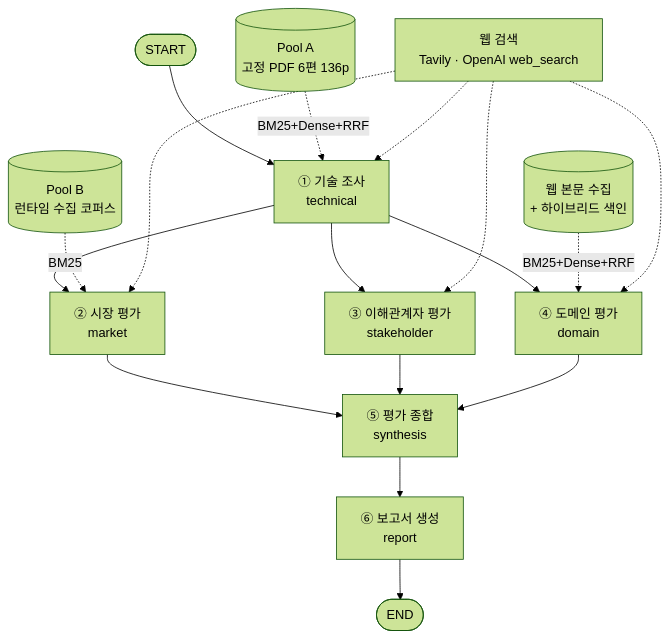
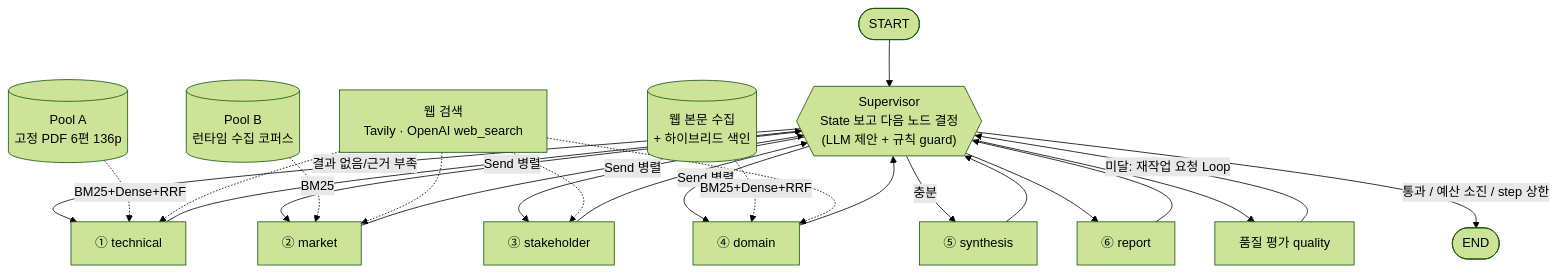
One commit to LOK-AeGS/kongjinho changed the diagram in README.md. Above: the diagram before and after it, drawn with Mermaid (forest theme). The commit also changed other lines of this file and 29 other files, not shown here.

First line of the commit message:
고정 그래프를 Supervisor 패턴으로 전환하고 이해관계자 환각 차단

````diff
--- a/README.md
+++ b/README.md
@@ -192,20 +201,27 @@
 ```mermaid
 flowchart TD
-    S0([START]) --> T["① 기술 조사<br/>technical"]
-    T --> M["② 시장 평가<br/>market"]
-    T --> H["③ 이해관계자 평가<br/>stakeholder"]
-    T --> D["④ 도메인 평가<br/>domain"]
-    M --> SY["⑤ 평가 종합<br/>synthesis"]
-    H --> SY
-    D --> SY
-    SY --> R["⑥ 보고서 생성<br/>report"]
-    R --> S1([END])
+    S0([START]) --> SUP{{"Supervisor<br/>State 보고 다음 노드 결정<br/>(LLM 제안 + 규칙 guard)"}}
+    SUP -->|"결과 없음/근거 부족"| T["① technical"]
+    SUP -->|"Send 병렬"| M["② market"]
+    SUP -->|"Send 병렬"| H["③ stakeholder"]
+    SUP -->|"Send 병렬"| D["④ domain"]
+    SUP -->|"충분"| SY["⑤ synthesis"]
+    SUP --> R["⑥ report"]
+    SUP --> Q["품질 평가 quality"]
+    T --> SUP
+    M --> SUP
+    H --> SUP
+    D --> SUP
+    SY --> SUP
+    R --> SUP
+    Q -->|"미달: 재작업 요청 Loop"| SUP
+    SUP -->|"통과 / 예산 소진 / step 상한"| S1([END])
 
     PA[("Pool A<br/>고정 PDF 6편 136p")] -. "BM25+Dense+RRF" .-> T
     PB[("Pool B<br/>런타임 수집 코퍼스")] -. "BM25" .-> M
     PC[("웹 본문 수집<br/>+ 하이브리드 색인")] -. "BM25+Dense+RRF" .-> D
     W["웹 검색<br/>Tavily · OpenAI web_search"] -.-> T
     W -.-> M
     W -.-> H
     W -.-> D
 ```
````
